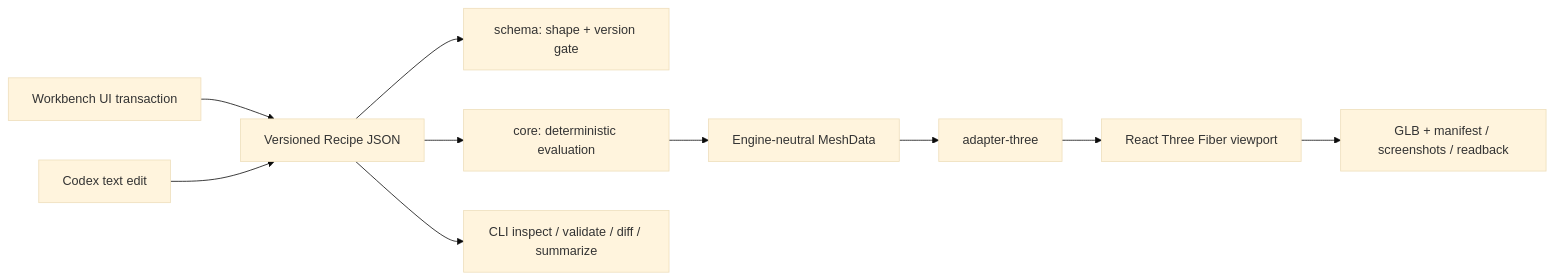
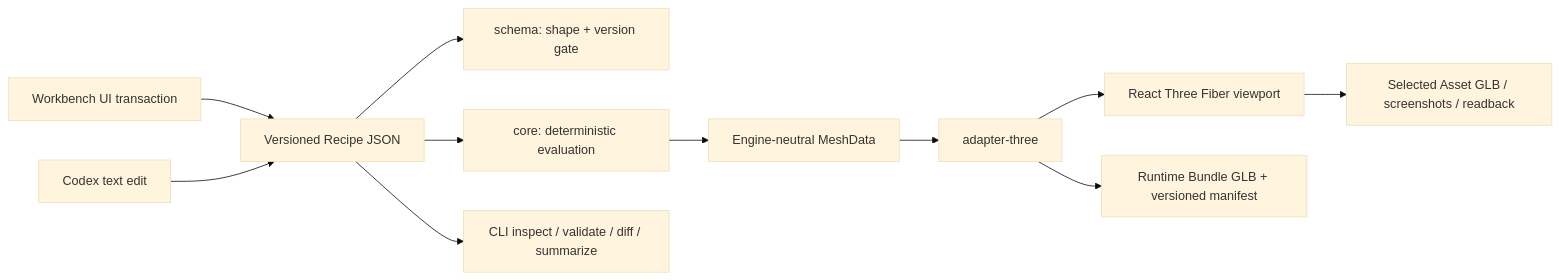
One commit to YuShimoji/CodexGameAssetWorkbench changed the diagram in docs/ARCHITECTURE.md. Above: the diagram before and after it, drawn with Mermaid (base theme). The commit also changed other lines of this file and 11 other files, not shown here.

Commit message:
feat: expose runtime bundle in the studio

````diff
--- a/docs/ARCHITECTURE.md
+++ b/docs/ARCHITECTURE.md
@@ -7,12 +7,13 @@
 ```mermaid
 flowchart LR
   UI["Workbench UI transaction"] --> Recipe["Versioned Recipe JSON"]
   Codex["Codex text edit"] --> Recipe
   Recipe --> Schema["schema: shape + version gate"]
   Recipe --> Core["core: deterministic evaluation"]
   Core --> Mesh["Engine-neutral MeshData"]
   Mesh --> Three["adapter-three"]
   Three --> Viewport["React Three Fiber viewport"]
+  Three --> Runtime["Runtime Bundle GLB + versioned manifest"]
   Recipe --> CLI["CLI inspect / validate / diff / summarize"]
-  Viewport --> Derived["GLB + manifest / screenshots / readback"]
+  Viewport --> Derived["Selected Asset GLB / screenshots / readback"]
 ```
````
